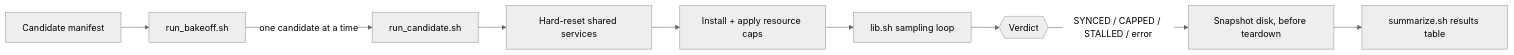
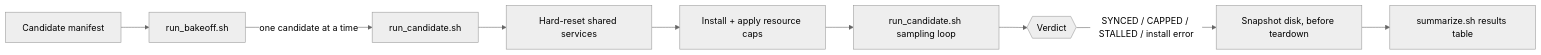
The fifth of 5 diagrams in docs/HOW_WE_TESTED_WITH_CLAUDE.md (chimera-defi/eth2-quickstart), drawn with Mermaid (neutral theme) before and after one commit. The commit also changed other lines of this file and 18 other files, not shown here.

````diff
--- a/docs/HOW_WE_TESTED_WITH_CLAUDE.md
+++ b/docs/HOW_WE_TESTED_WITH_CLAUDE.md
@@ -171,11 +171,11 @@
 ```mermaid
 flowchart LR
     manifest[Candidate manifest] --> bakeoff[run_bakeoff.sh]
     bakeoff -->|one candidate at a time| candidate[run_candidate.sh]
     candidate --> reset[Hard-reset shared services]
     reset --> install[Install + apply resource caps]
-    install --> sample[lib.sh sampling loop]
+    install --> sample[run_candidate.sh sampling loop]
     sample --> verdict{{Verdict}}
-    verdict -->|SYNCED / CAPPED / STALLED / error| snapshot[Snapshot disk, before teardown]
+    verdict -->|SYNCED / CAPPED / STALLED / install error| snapshot[Snapshot disk, before teardown]
     snapshot --> results[summarize.sh results table]
 ```
````
